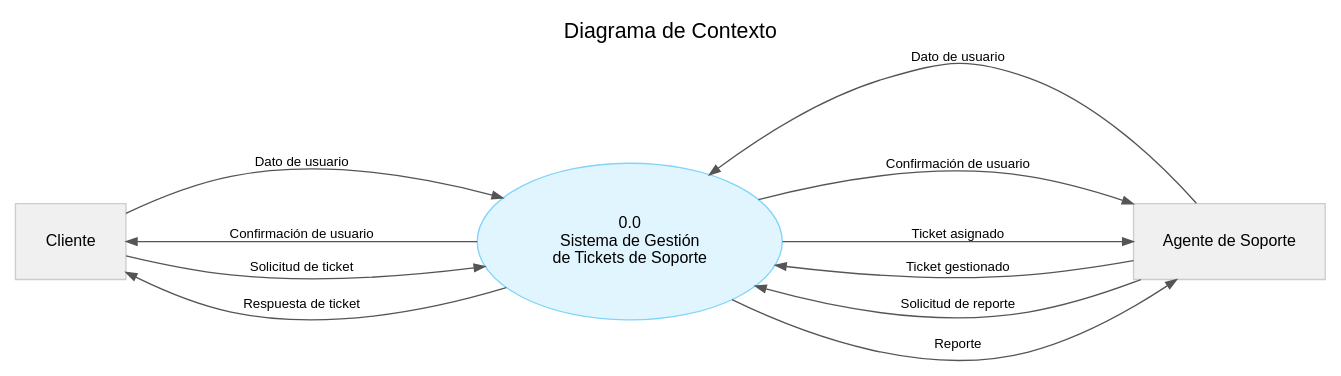
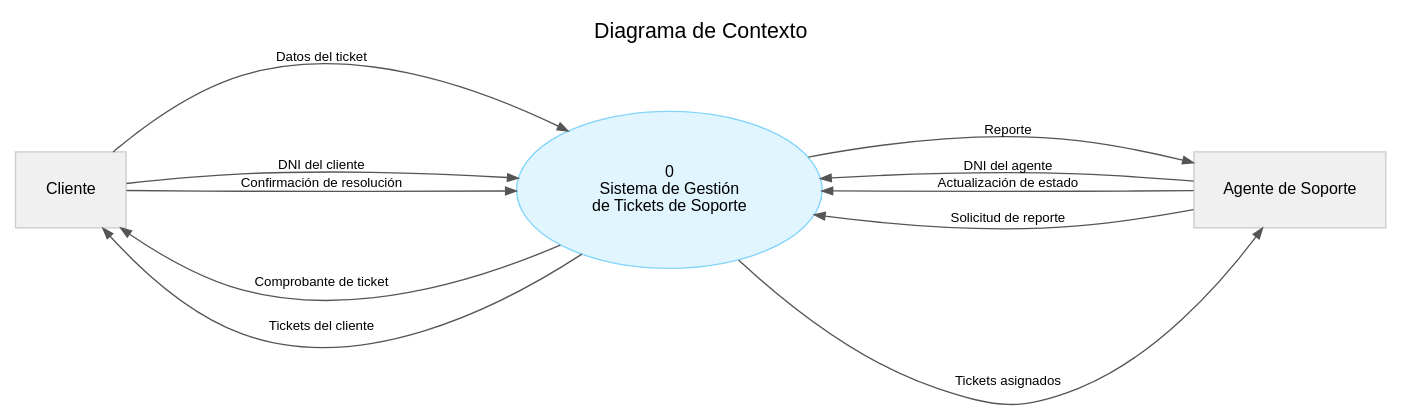
One commit to lucho-peralta/gestionTickets changed the first of 2 diagrams in documentacion/12_diagrama_flujo_datos.md. Above: the diagram before and after it, drawn with Graphviz. The commit also changed other lines of this file and 32 other files, not shown here.

````diff
--- a/documentacion/12_diagrama_flujo_datos.md
+++ b/documentacion/12_diagrama_flujo_datos.md
@@ -9,45 +22,38 @@
 ```dot
 digraph DiagramaContexto {
-    // Configuración general
     rankdir=LR;
     splines=true;
     nodesep=0.8;
-    ranksep=2.2;
-
+    ranksep=2.4;
     fontname="Helvetica,Arial,sans-serif";
     labelloc="t";
     label="Diagrama de Contexto";
     fontsize=16;
 
     node [fontname="Helvetica,Arial,sans-serif", fontsize=12, margin=0.3];
     edge [fontname="Helvetica,Arial,sans-serif", fontsize=10, color="#555555", arrowsize=0.8];
 
     // Entidades externas
     node [shape=box, style=filled, fillcolor="#f0f0f0", color="#cccccc"];
     C [label="Cliente"];
     A [label="Agente de Soporte"];
 
     // Proceso central
     node [shape=ellipse, style=filled, fillcolor="#e1f5fe", color="#81d4fa"];
-    P0 [label="0.0\nSistema de Gestión\nde Tickets de Soporte"];
+    P0 [label="0\nSistema de Gestión\nde Tickets de Soporte"];
 
-    // Flujos del Cliente (Cliente queda a la izquierda)
-    // Arriba: ciclo del usuario
-    C -> P0 [label="Dato de usuario"];
-    C -> P0 [label="Confirmación de usuario", dir=back];
-    // Abajo: ciclo del ticket
-    C -> P0 [label="Solicitud de ticket"];
-    C -> P0 [label="Respuesta de ticket", dir=back];
+    // Cliente
+    C -> P0 [label="Datos del ticket"];
+    P0 -> C [label="Comprobante de ticket"];
+    C -> P0 [label="DNI del cliente"];
+    P0 -> C [label="Tickets del cliente"];
+    C -> P0 [label="Confirmación de resolución"];
 
-    // Flujos del Agente (Agente queda a la derecha)
-    // Arriba: ciclo del usuario
-    P0 -> A [label="Dato de usuario", dir=back];
-    P0 -> A [label="Confirmación de usuario"];
-    // Medio: ciclo del ticket
-    P0 -> A [label="Ticket asignado"];
-    P0 -> A [label="Ticket gestionado", dir=back];
-    // Abajo: ciclo del reporte
-    P0 -> A [label="Solicitud de reporte", dir=back];
+    // Agente
+    P0 -> A [label="Tickets asignados"];
+    A -> P0 [label="DNI del agente"];
+    A -> P0 [label="Actualización de estado"];
+    A -> P0 [label="Solicitud de reporte"];
     P0 -> A [label="Reporte"];
 }
 ```
````
